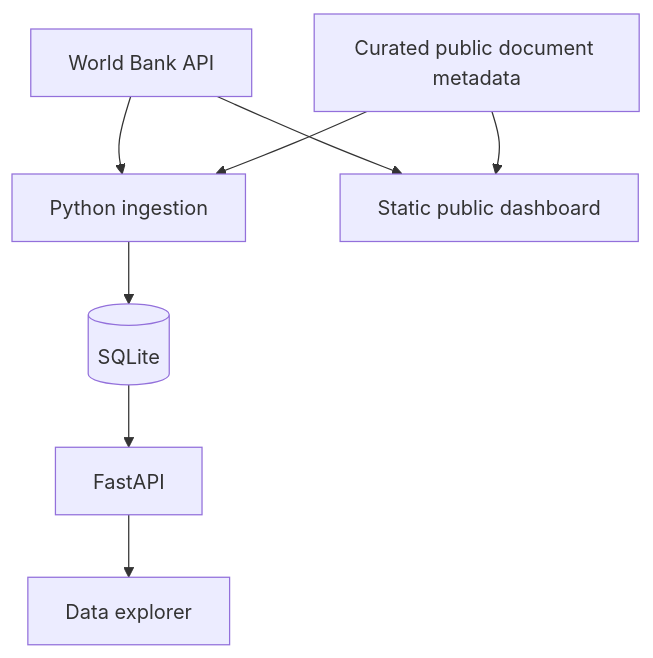
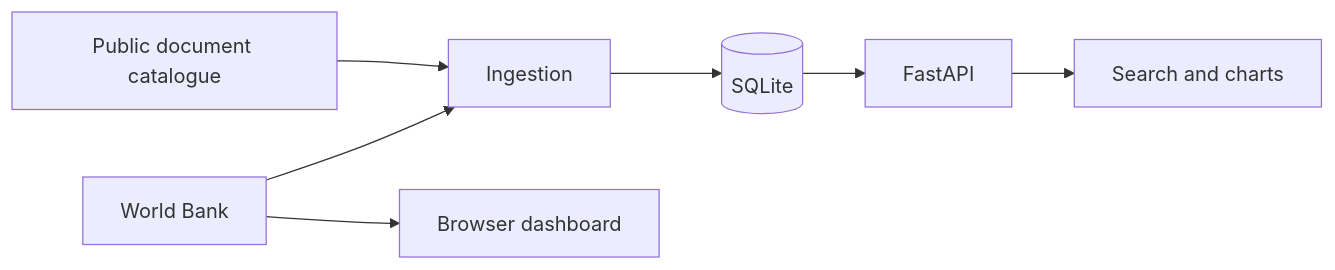
Before and after one commit to samuel6183/CivicLens-Africa: the diagram in README.md, drawn with Mermaid. The commit also changed other lines of this file, not shown here.

Commit message:
Present CivicLens as a transparent public-data engineering case study

````diff
--- a/README.md
+++ b/README.md
@@ -36,10 +19,9 @@
 ```mermaid
-flowchart TD
-  A[World Bank API] --> B[Python ingestion]
-  C[Curated public document metadata] --> B
-  B --> D[(SQLite)]
-  D --> E[FastAPI]
-  E --> F[Data explorer]
-  A --> G[Static public dashboard]
-  C --> G
+flowchart LR
+ A[World Bank] --> B[Ingestion]
+ C[Public document catalogue] --> B
+ B --> D[(SQLite)]
+ D --> E[FastAPI]
+ E --> F[Search and charts]
+ A --> G[Browser dashboard]
 ```
````
